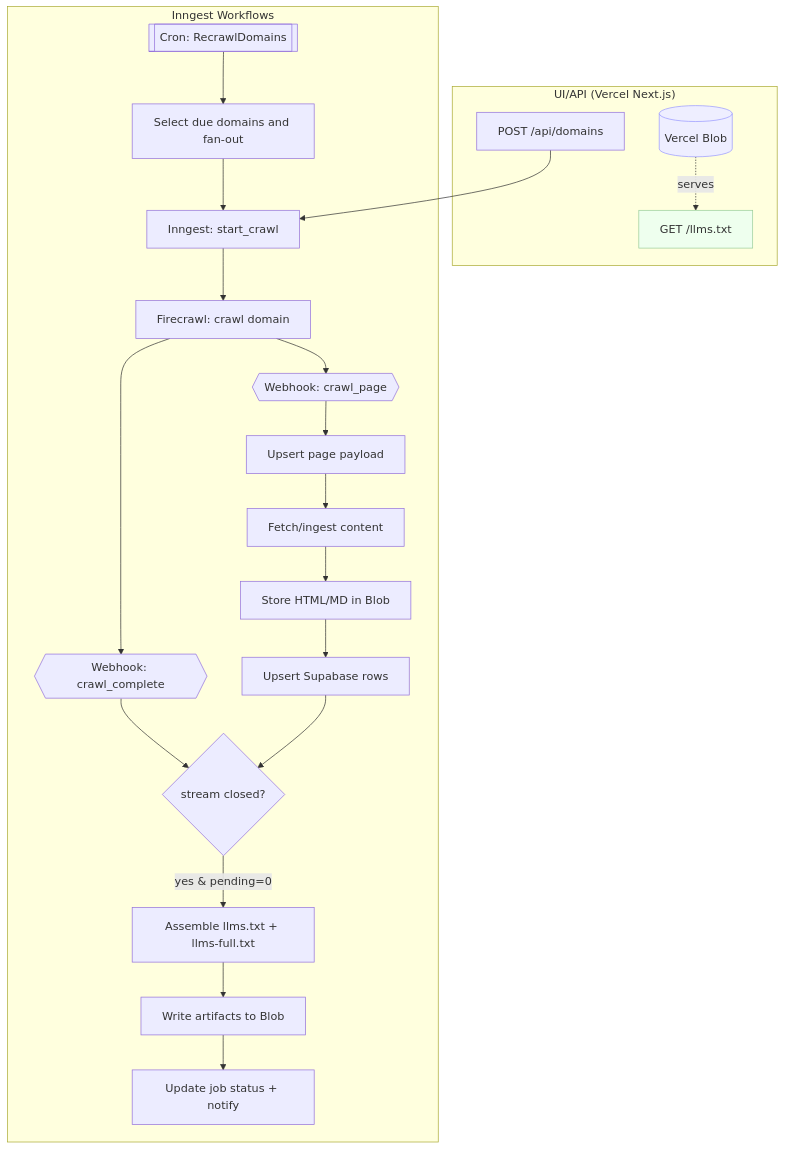
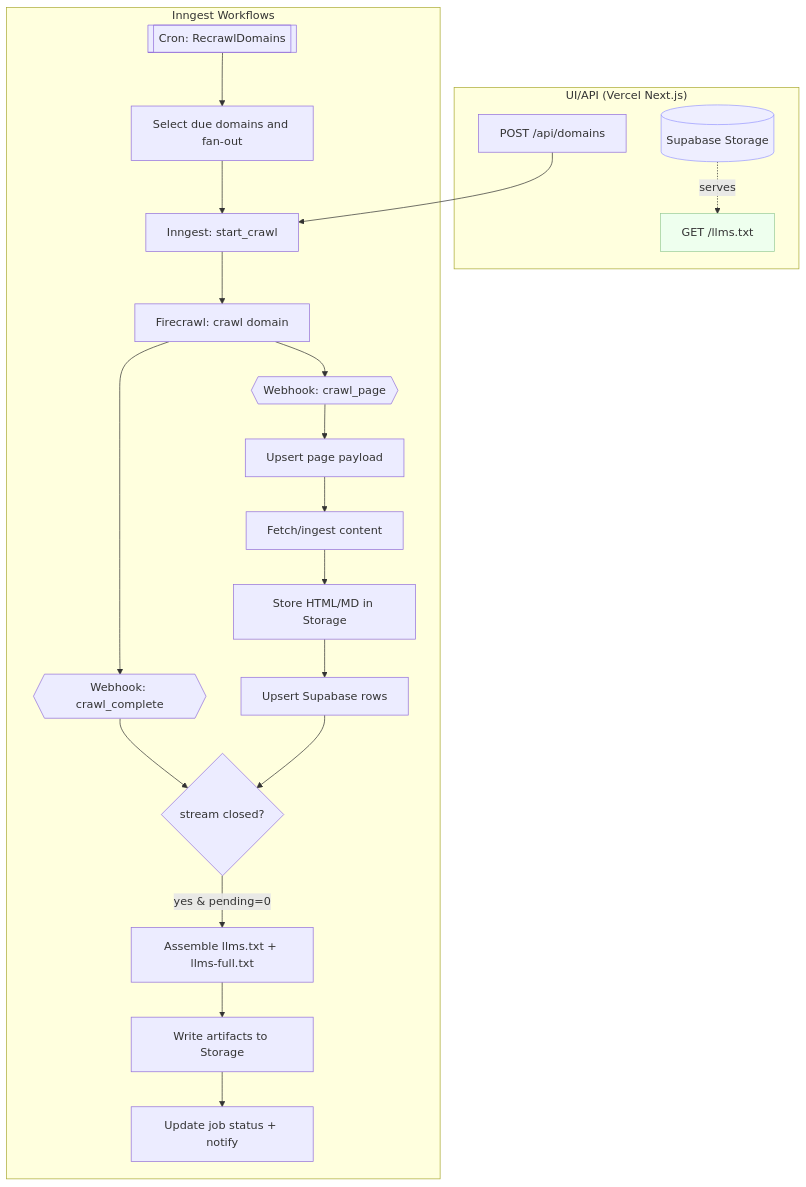
The diagram in docs/tech_spec_v0.md (BrennerSpear/llms-txt-generator), drawn with Mermaid before and after one commit. The commit also changed other lines of this file and 5 other files, not shown here.

Commit message:
use supabase storage instead of vercel blob storage

````diff
--- a/docs/tech_spec_v0.md
+++ b/docs/tech_spec_v0.md
@@ -30,45 +30,45 @@
 ```mermaid
 flowchart TD
   subgraph UI_API["UI/API (Vercel Next.js)"]
     A[POST /api/domains]
     W[GET /llms.txt]:::art
-    V[(Vercel Blob)]:::store
+    V[(Supabase Storage)]:::store
   end
 
   subgraph Inngest_Workflows["Inngest Workflows"]
     X[[Cron: RecrawlDomains]]
     Y[Select due domains and fan-out]
     B[Inngest: start_crawl]
     C[Firecrawl: crawl domain]
     D2{{Webhook: crawl_page}}
     D{{Webhook: crawl_complete}}
     E2[Upsert page payload]
     F[Fetch/ingest content]
-    G[Store HTML/MD in Blob]
+    G[Store HTML/MD in Storage]
     I[Upsert Supabase rows]
     E3{stream closed?}
     J[Assemble llms.txt + llms-full.txt]
-    K[Write artifacts to Blob]
+    K[Write artifacts to Storage]
     L[Update job status + notify]
   end
 
   A --> B
   X --> Y
   Y --> B
   B --> C
   C --> D2
   C --> D
   D2 --> E2
   E2 --> F
   F --> G
   G --> I
   D --> E3
   I --> E3
   E3 -->|yes & pending=0| J
   J --> K
   K --> L
   V -. serves .-> W
 
   classDef store fill:#eef,stroke:#99f
   classDef art fill:#efe,stroke:#9c9
 ```
````
